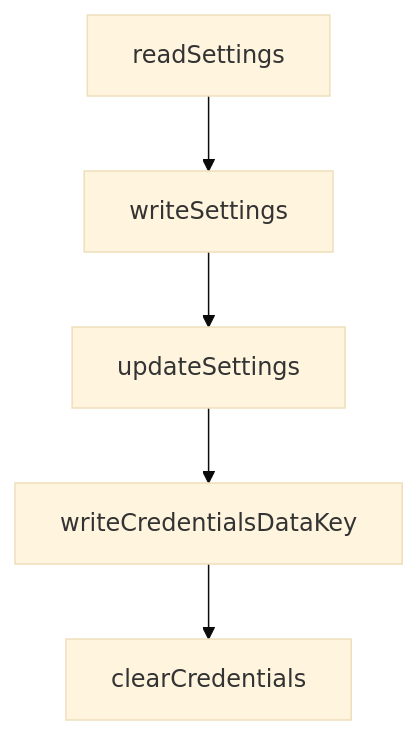
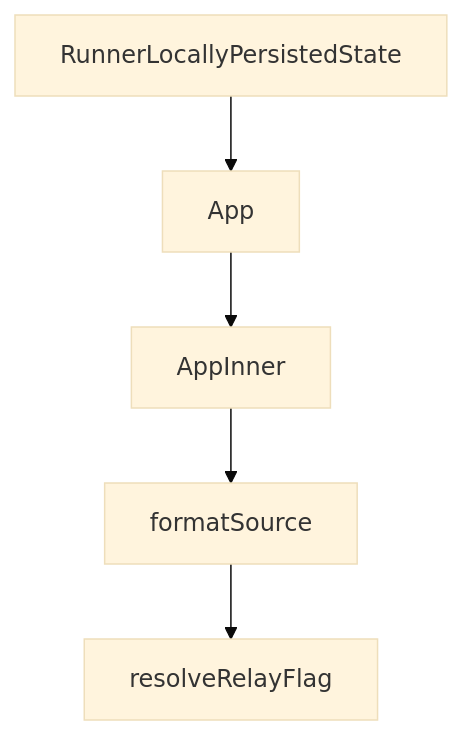
One commit to johnxie/awesome-code-docs changed the diagram in tutorials/hapi-tutorial/07-configuration-and-security.md. Above: the diagram before and after it, drawn with Mermaid (base theme). The commit also changed other lines of this file and 1232 other files, not shown here.

````diff
--- a/tutorials/hapi-tutorial/07-configuration-and-security.md
+++ b/tutorials/hapi-tutorial/07-configuration-and-security.md
@@ -261,12 +248,12 @@
 ```mermaid
 flowchart TD
-    A[readSettings]
-    B[writeSettings]
-    C[updateSettings]
-    D[writeCredentialsDataKey]
-    E[clearCredentials]
+    A[RunnerLocallyPersistedState]
+    B[App]
+    C[AppInner]
+    D[formatSource]
+    E[resolveRelayFlag]
     A --> B
     B --> C
     C --> D
     D --> E
 ```
````
